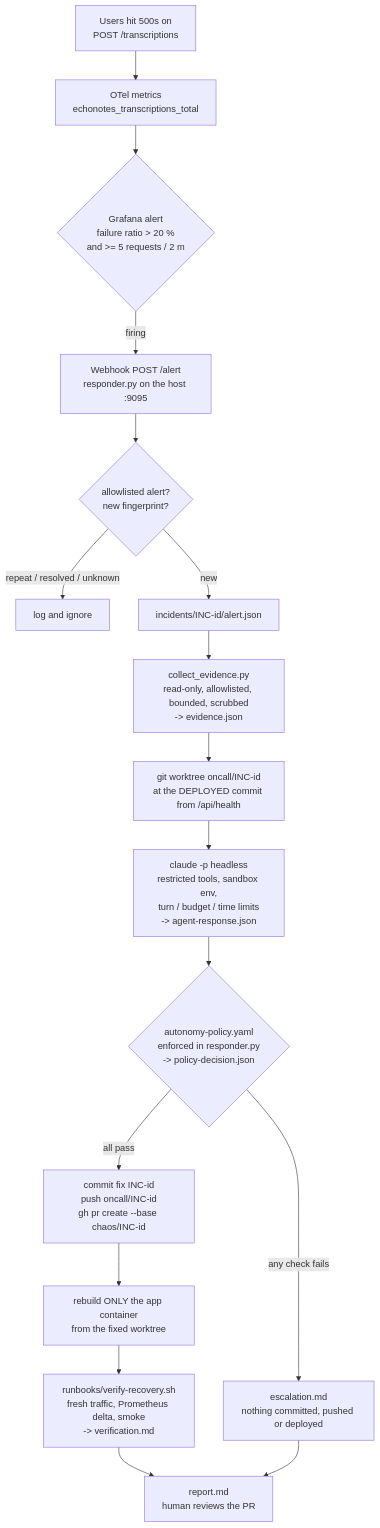
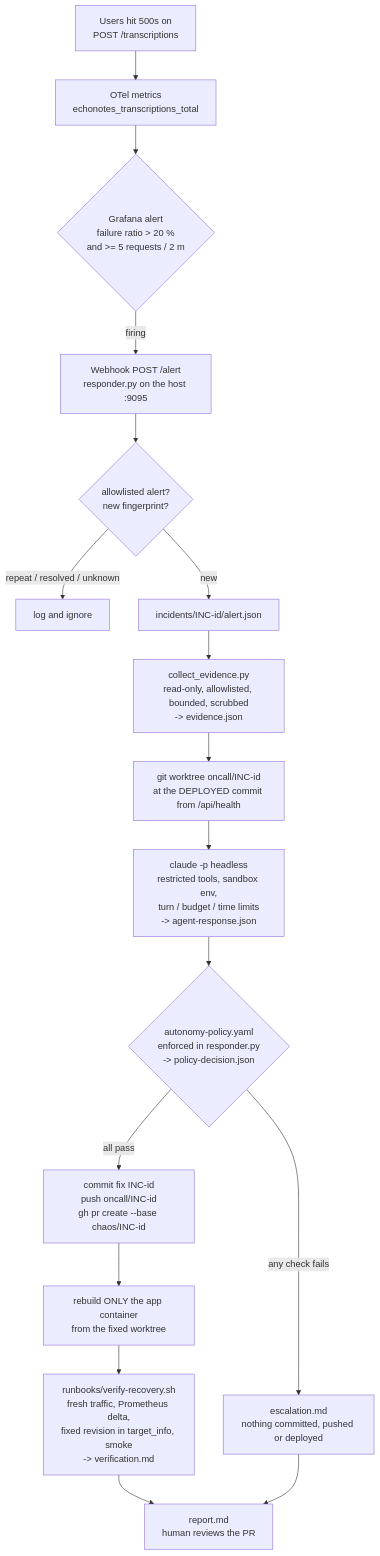
Before and after one commit to mrfmanuel/EchoNotes: the diagram in docs/on-call.md, drawn with Mermaid. The commit also changed other lines of this file and 6 other files, not shown here.

````diff
--- a/docs/on-call.md
+++ b/docs/on-call.md
@@ -15,19 +15,19 @@
 ```mermaid
 flowchart TD
     A[Users hit 500s on<br/>POST /transcriptions] --> B[OTel metrics<br/>echonotes_transcriptions_total]
     B --> C{Grafana alert<br/>failure ratio > 20 %<br/>and >= 5 requests / 2 m}
     C -- firing --> D[Webhook POST /alert<br/>responder.py on the host :9095]
     D --> E{allowlisted alert?<br/>new fingerprint?}
     E -- repeat / resolved / unknown --> X[log and ignore]
     E -- new --> F[incidents/INC-id/alert.json]
     F --> G[collect_evidence.py<br/>read-only, allowlisted, bounded, scrubbed<br/>-> evidence.json]
     G --> H[git worktree oncall/INC-id<br/>at the DEPLOYED commit from /api/health]
     H --> I[claude -p headless<br/>restricted tools, sandbox env,<br/>turn / budget / time limits<br/>-> agent-response.json]
     I --> J{autonomy-policy.yaml<br/>enforced in responder.py<br/>-> policy-decision.json}
     J -- any check fails --> K[escalation.md<br/>nothing committed, pushed or deployed]
     J -- all pass --> L[commit fix INC-id<br/>push oncall/INC-id<br/>gh pr create --base chaos/INC-id]
     L --> M[rebuild ONLY the app container<br/>from the fixed worktree]
-    M --> N[runbooks/verify-recovery.sh<br/>fresh traffic, Prometheus delta, smoke<br/>-> verification.md]
+    M --> N[runbooks/verify-recovery.sh<br/>fresh traffic, Prometheus delta,<br/>fixed revision in target_info, smoke<br/>-> verification.md]
     N --> O[report.md<br/>human reviews the PR]
     K --> O
 ```
````
